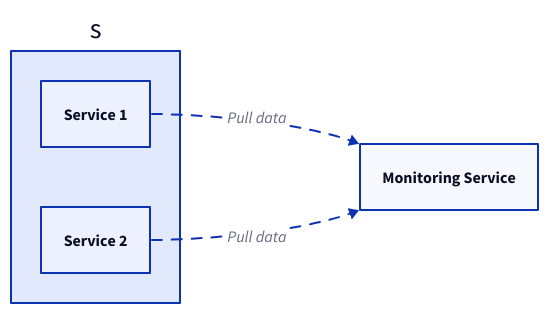
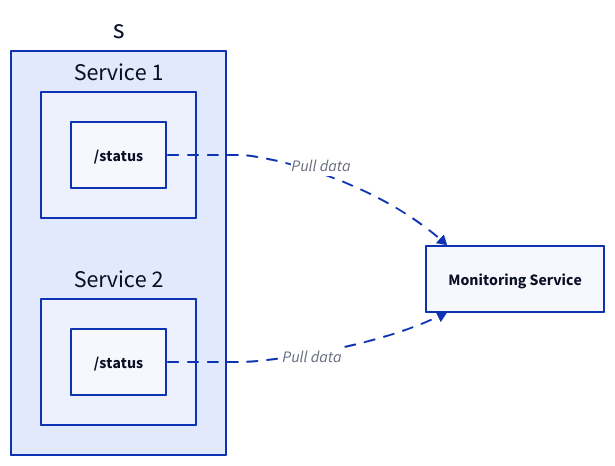
The second of 8 diagrams in content/docs/system-administration/system-monitoring/_index.md (link1905/system-design-101), drawn with D2 before and after one commit. The commit also changed other lines of this file and 31 other files, not shown here.

````diff
--- a/content/docs/system-administration/system-monitoring/_index.md
+++ b/content/docs/system-administration/system-monitoring/_index.md
@@ -45,21 +51,21 @@
 ```d2
 direction: right
 s {
   class: none
   s1: Service 1 {
-      class: server
+    i: "/status"
   }
   s2: Service 2 {
-      class: server
+    i: "/status"
   }
 }
 m: Monitoring Service {
     class: monitor
 }
-s.s1 -> m: Pull data {
+s.s1.i -> m: Pull data {
   style.animated: true
 }
-s.s2 -> m: Pull data {
+s.s2.i -> m: Pull data {
   style.animated: true
 }
 ```
````
